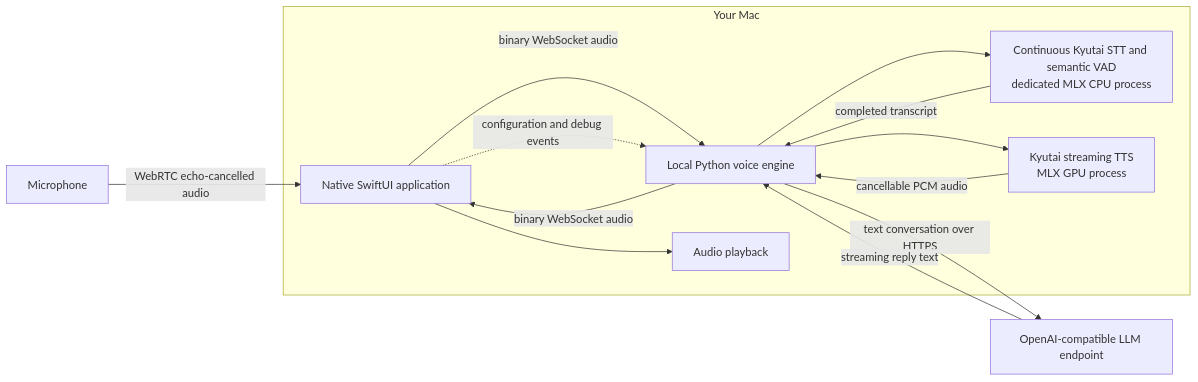
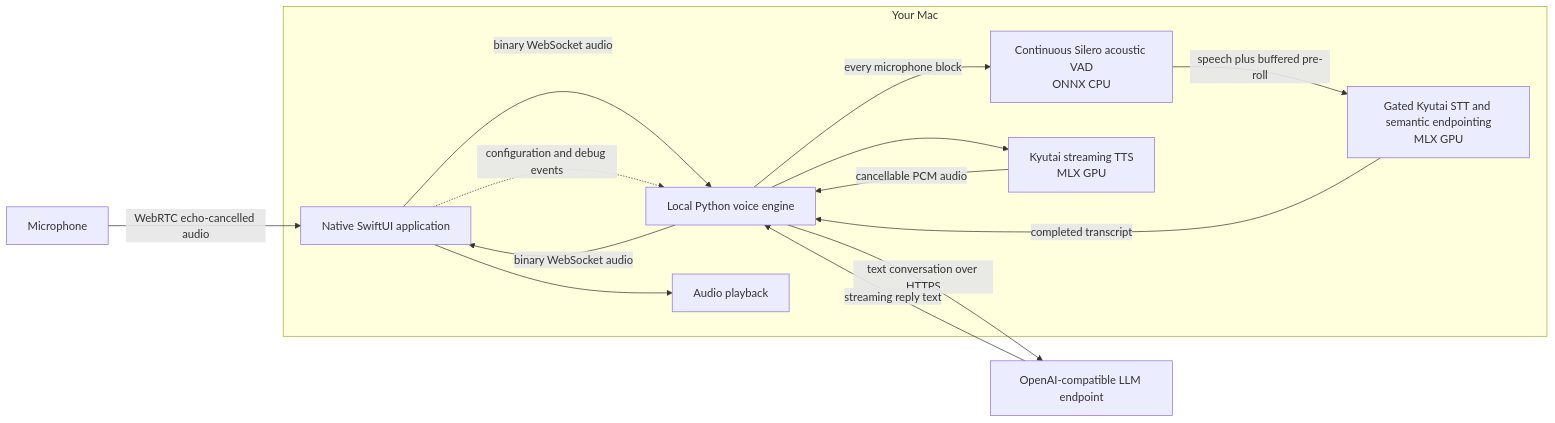
The diagram in README.md (sujalmandal/chirpy), drawn with Mermaid before and after one commit. The commit also changed other lines of this file and 7 other files, not shown here.

First line of the commit message:
Gate Kyutai STT behind Silero acoustic VAD on CPU

````diff
--- a/README.md
+++ b/README.md
@@ -20,24 +20,26 @@
 ```mermaid
 flowchart LR
     microphone[Microphone] -->|WebRTC echo-cancelled audio| app
 
     subgraph mac[Your Mac]
         app[Native SwiftUI application]
         engine[Local Python voice engine]
-        stt[Continuous Kyutai STT and semantic VAD<br/>dedicated MLX CPU process]
-        tts[Kyutai streaming TTS<br/>MLX GPU process]
+        vad[Continuous Silero acoustic VAD<br/>ONNX CPU]
+        stt[Gated Kyutai STT and semantic endpointing<br/>MLX GPU]
+        tts[Kyutai streaming TTS<br/>MLX GPU]
         output[Audio playback]
 
         app -->|binary WebSocket audio| engine
-        engine --> stt
+        engine -->|every microphone block| vad
+        vad -->|speech plus buffered pre-roll| stt
         stt -->|completed transcript| engine
         engine --> tts
         tts -->|cancellable PCM audio| engine
         engine -->|binary WebSocket audio| app
         app --> output
     end
 
     engine -->|text conversation over HTTPS| llm[OpenAI-compatible LLM endpoint]
     llm -->|streaming reply text| engine
     app -.->|configuration and debug events| engine
 ```
````
